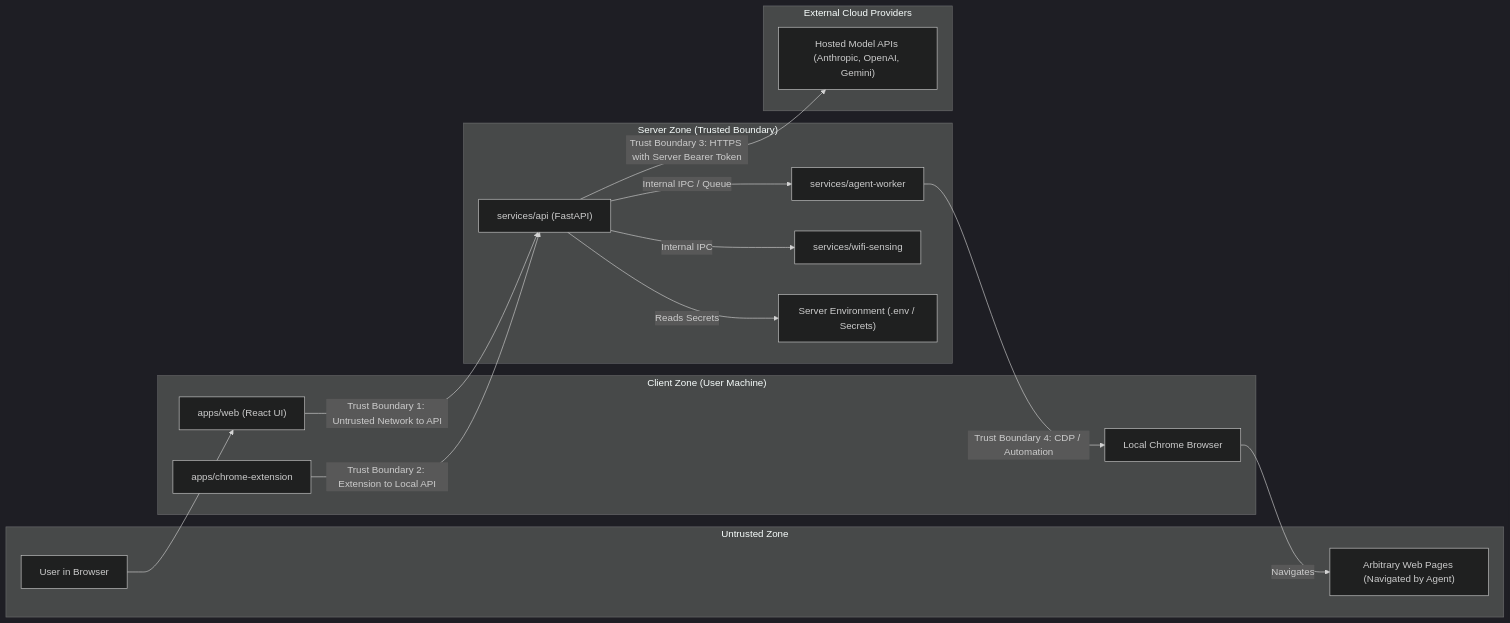
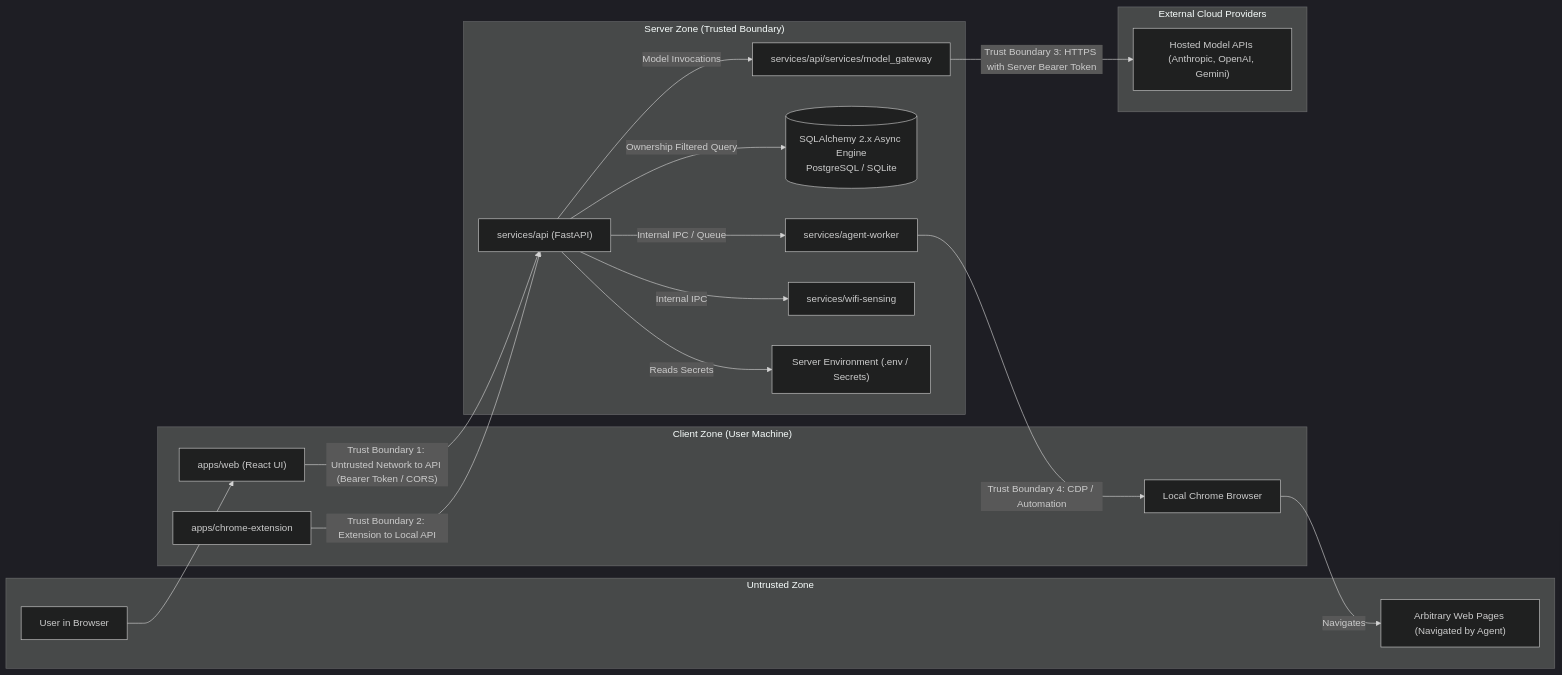
The diagram in docs/threat-model.md (shivampatilck-1010/unified-ai-assistant), drawn with Mermaid (dark theme) before and after one commit. The commit also changed other lines of this file and 51 other files, not shown here.

First line of the commit message:
feat(phase-2): implement server persistence and unified AI model gateway

````diff
--- a/docs/threat-model.md
+++ b/docs/threat-model.md
@@ -11,34 +11,38 @@
 ```mermaid
 flowchart LR
     subgraph UntrustedZone["Untrusted Zone"]
         WebUser["User in Browser"]
         UntrustedWeb["Arbitrary Web Pages (Navigated by Agent)"]
     end
 
     subgraph ClientZone["Client Zone (User Machine)"]
         WebClient["apps/web (React UI)"]
         ChromeExt["apps/chrome-extension"]
         LocalChrome["Local Chrome Browser"]
     end
 
     subgraph ServerZone["Server Zone (Trusted Boundary)"]
         FastAPIGateway["services/api (FastAPI)"]
+        ModelGateway["services/api/services/model_gateway"]
+        DatabaseEngine[("SQLAlchemy 2.x Async Engine<br/>PostgreSQL / SQLite")]
         AgentWorker["services/agent-worker"]
         WiFiService["services/wifi-sensing"]
         KeyStore["Server Environment (.env / Secrets)"]
     end
 
     subgraph ExternalServices["External Cloud Providers"]
         LLMProviders["Hosted Model APIs (Anthropic, OpenAI, Gemini)"]
     end
 
     WebUser --> WebClient
-    WebClient -->|"Trust Boundary 1: Untrusted Network to API"| FastAPIGateway
+    WebClient -->|"Trust Boundary 1: Untrusted Network to API (Bearer Token / CORS)"| FastAPIGateway
     ChromeExt -->|"Trust Boundary 2: Extension to Local API"| FastAPIGateway
     FastAPIGateway -->|"Reads Secrets"| KeyStore
-    FastAPIGateway -->|"Trust Boundary 3: HTTPS with Server Bearer Token"| LLMProviders
+    FastAPIGateway -->|"Ownership Filtered Query"| DatabaseEngine
+    FastAPIGateway -->|"Model Invocations"| ModelGateway
+    ModelGateway -->|"Trust Boundary 3: HTTPS with Server Bearer Token"| LLMProviders
     AgentWorker -->|"Trust Boundary 4: CDP / Automation"| LocalChrome
     LocalChrome -->|"Navigates"| UntrustedWeb
     FastAPIGateway -->|"Internal IPC / Queue"| AgentWorker
     FastAPIGateway -->|"Internal IPC"| WiFiService
 ```
````
